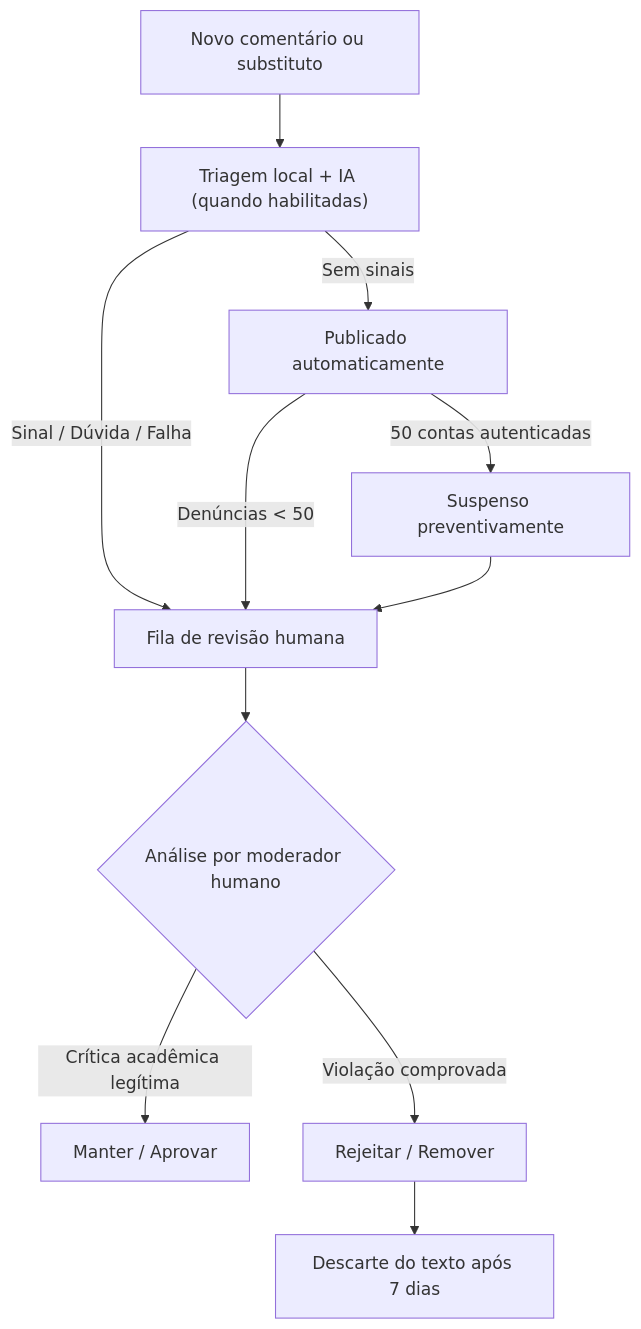
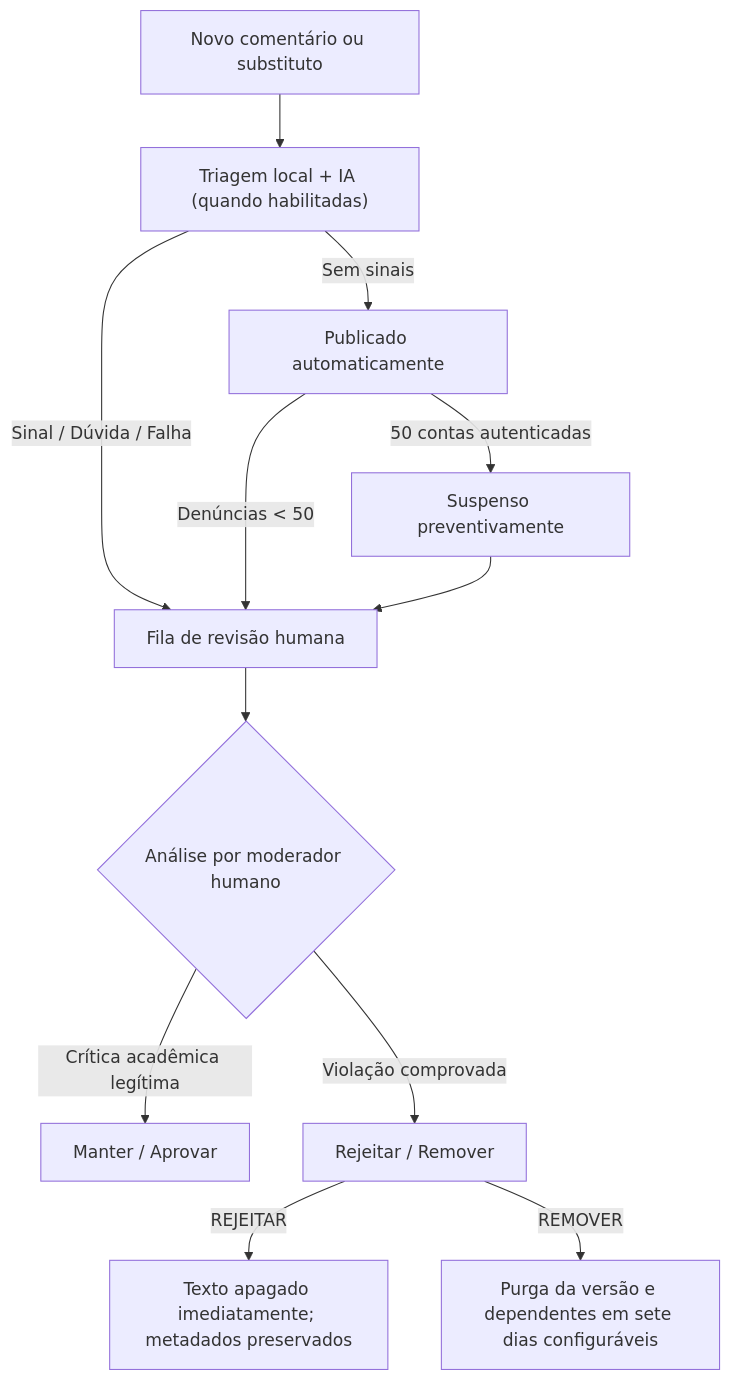
One commit to unb-mds/2026-02-UnDb changed the diagram in docs/canal-titulares.md. Above: the diagram before and after it, drawn with Mermaid. The commit also changed other lines of this file and 7 other files, not shown here.

````diff
--- a/docs/canal-titulares.md
+++ b/docs/canal-titulares.md
@@ -135,12 +154,13 @@
 ```mermaid
 flowchart TD
     Envio["Novo comentário ou substituto"] --> Triagem["Triagem local + IA (quando habilitadas)"]
     Triagem -- "Sem sinais" --> Publicado["Publicado automaticamente"]
     Triagem -- "Sinal / Dúvida / Falha" --> Fila["Fila de revisão humana"]
     Publicado -- "Denúncias < 50" --> Fila
     Publicado -- "50 contas autenticadas" --> Suspenso["Suspenso preventivamente"] --> Fila
     Fila --> Analise{"Análise por moderador humano"}
     Analise -- "Crítica acadêmica legítima" --> Mantido["Manter / Aprovar"]
     Analise -- "Violação comprovada" --> Removido["Rejeitar / Remover"]
-    Removido --> Descarte["Descarte do texto após 7 dias"]
+    Removido -- "REJEITAR" --> Imediato["Texto apagado imediatamente; metadados preservados"]
+    Removido -- "REMOVER" --> Descarte["Purga da versão e dependentes em sete dias configuráveis"]
 ```
````
